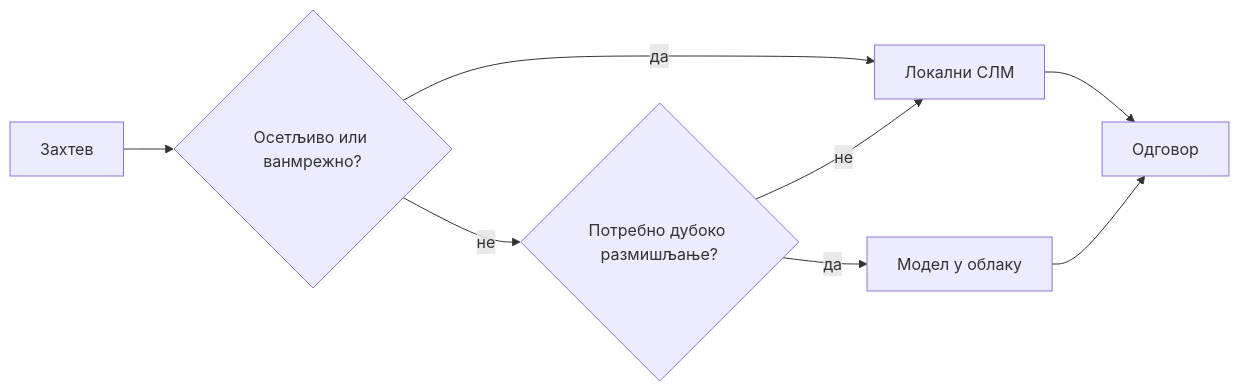
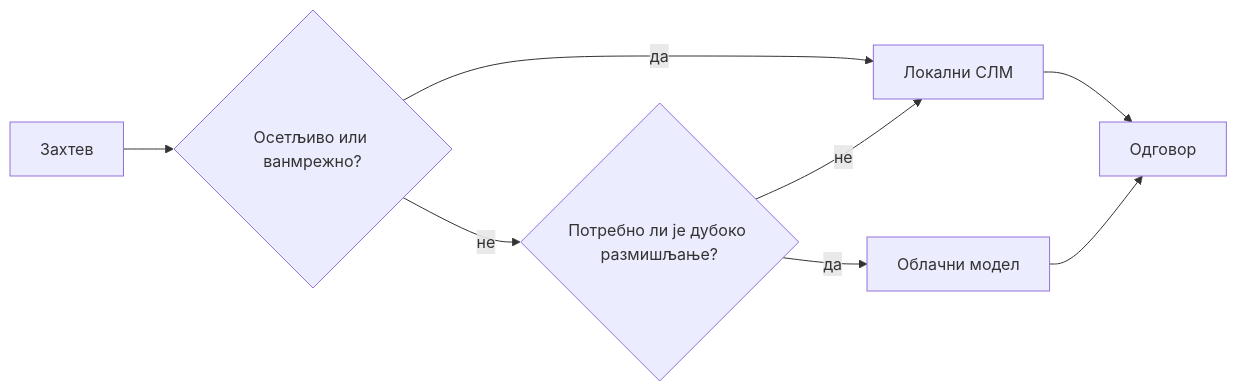
One commit to gabrielmoreira/agent-skills-mirror changed the fourth of 4 diagrams in mirrors/repos/microsoft@ai-agents-for-beginners/translations/sr/17-creating-local-ai-agents/README.md. Above: the diagram before and after it, drawn with Mermaid. The commit also changed other lines of this file and 4262 other files, not shown here.

````diff
--- a/mirrors/repos/microsoft@ai-agents-for-beginners/translations/sr/17-creating-local-ai-agents/README.md
+++ b/mirrors/repos/microsoft@ai-agents-for-beginners/translations/sr/17-creating-local-ai-agents/README.md
@@ -156,10 +156,10 @@
 ```mermaid
 flowchart LR
     Q[Захтев] --> S{Осетљиво или ванмрежно?}
     S -->|да| L[Локални СЛМ]
-    S -->|не| C{Потребно дубоко размишљање?}
+    S -->|не| C{Потребно ли је дубоко размишљање?}
     C -->|не| L
-    C -->|да| Cloud[Модел у облаку]
+    C -->|да| Cloud[Облачни модел]
     L --> Out[Одговор]
     Cloud --> Out
 ```
````
